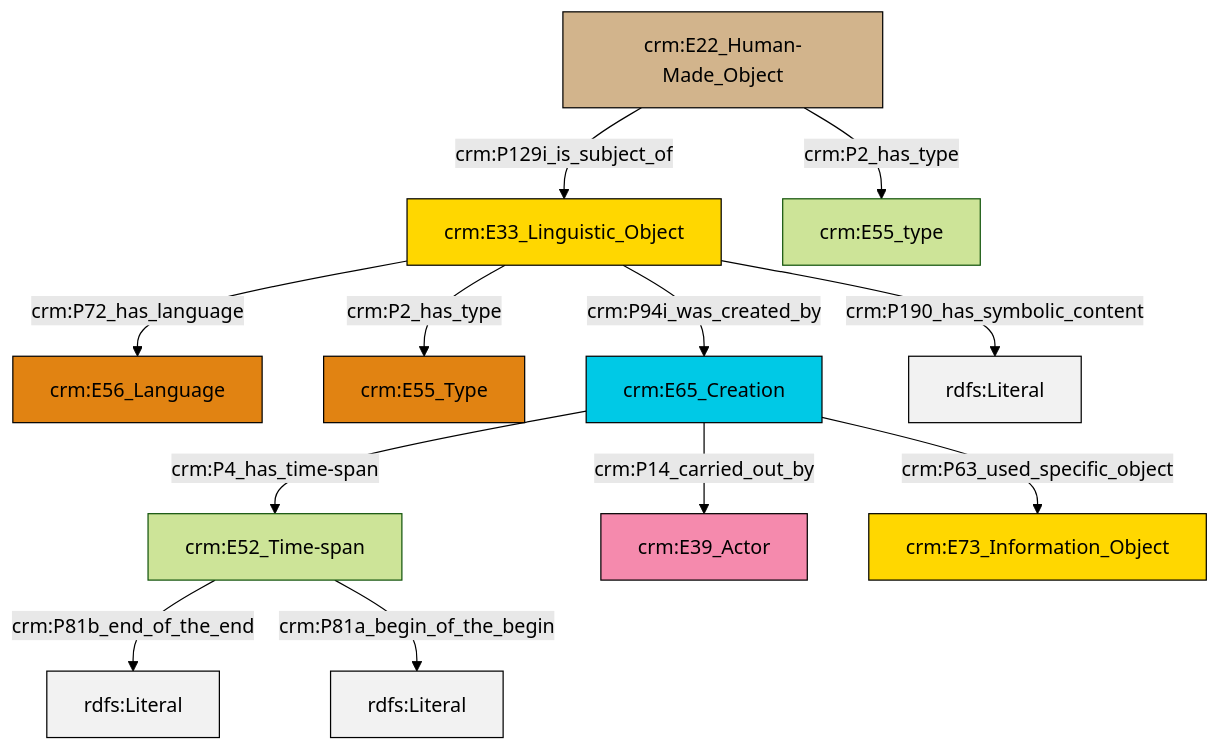
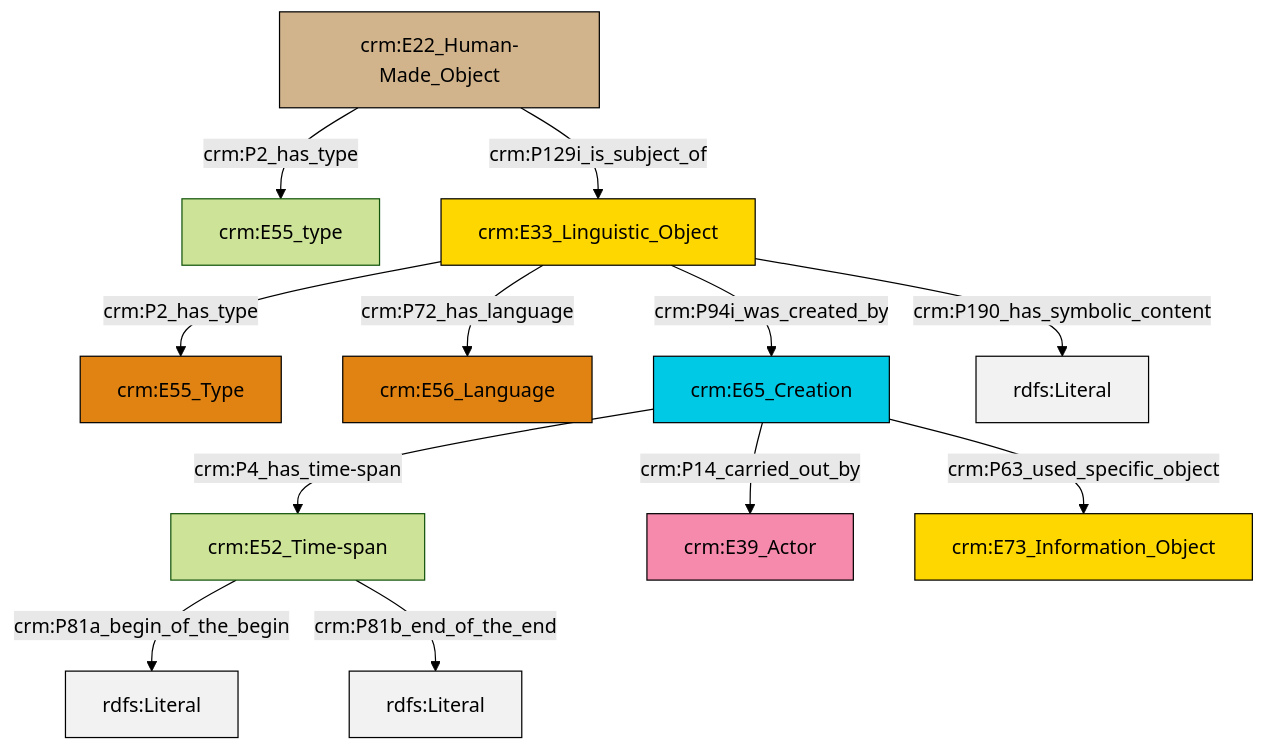
The diagram in et/artworkCSV/ttl/mmd/Artwork_Description.ttl.mmd (swiss-art-research-net/docs.swissartresearch), drawn with Mermaid (forest theme) before and after one commit. The commit also changed 179 other files, not shown here.

```diff
--- a/et/artworkCSV/ttl/mmd/Artwork_Description.ttl.mmd
+++ b/et/artworkCSV/ttl/mmd/Artwork_Description.ttl.mmd
@@ -1,26 +1,26 @@
 graph TD
 classDef Literal fill:#f2f2f2,stroke:#000000;
 classDef CRM_Entity fill:#FFFFFF,stroke:#000000;
 classDef Temporal_Entity fill:#00C9E6, stroke:#000000;
 classDef Type fill:#E18312, stroke:#000000;
 classDef Time-Span fill:#2C9C91, stroke:#000000;
 classDef Appellation fill:#FFEB7F, stroke:#000000;
 classDef Place fill:#008836, stroke:#000000;
 classDef Persistent_Item fill:#B266B2, stroke:#000000;
 classDef Conceptual_Object fill:#FFD700, stroke:#000000;
 classDef Physical_Thing fill:#D2B48C, stroke:#000000;
 classDef Actor fill:#f58aad, stroke:#000000;
 classDef PC_Classes fill:#4ce600, stroke:#000000;
 classDef Multi fill:#cccccc,stroke:#000000;
 
-0["crm:E52_Time-span"]:::Default -->|crm:P81b_end_of_the_end| 1[rdfs:Literal]:::Literal
-4["crm:E33_Linguistic_Object"]:::Conceptual_Object -->|crm:P72_has_language| 5["crm:E56_Language"]:::Type
-8["crm:E65_Creation"]:::Temporal_Entity -->|crm:P14_carried_out_by| 2["crm:E39_Actor"]:::Actor
-11["crm:E22_Human-Made_Object"]:::Physical_Thing -->|crm:P129i_is_subject_of| 4["crm:E33_Linguistic_Object"]:::Conceptual_Object
-11["crm:E22_Human-Made_Object"]:::Physical_Thing -->|crm:P2_has_type| 9["crm:E55_type"]:::Default
-4["crm:E33_Linguistic_Object"]:::Conceptual_Object -->|crm:P190_has_symbolic_content| 14[rdfs:Literal]:::Literal
-8["crm:E65_Creation"]:::Temporal_Entity -->|crm:P4_has_time-span| 0["crm:E52_Time-span"]:::Default
-4["crm:E33_Linguistic_Object"]:::Conceptual_Object -->|crm:P2_has_type| 6["crm:E55_Type"]:::Type
-0["crm:E52_Time-span"]:::Default -->|crm:P81a_begin_of_the_begin| 20[rdfs:Literal]:::Literal
-4["crm:E33_Linguistic_Object"]:::Conceptual_Object -->|crm:P94i_was_created_by| 8["crm:E65_Creation"]:::Temporal_Entity
-8["crm:E65_Creation"]:::Temporal_Entity -->|crm:P63_used_specific_object| 15["crm:E73_Information_Object"]:::Conceptual_Object
+0["crm:E22_Human-Made_Object"]:::Physical_Thing -->|crm:P2_has_type| 1["crm:E55_type"]:::Default
+2["crm:E33_Linguistic_Object"]:::Conceptual_Object -->|crm:P2_has_type| 3["crm:E55_Type"]:::Type
+2["crm:E33_Linguistic_Object"]:::Conceptual_Object -->|crm:P72_has_language| 5["crm:E56_Language"]:::Type
+2["crm:E33_Linguistic_Object"]:::Conceptual_Object -->|crm:P94i_was_created_by| 8["crm:E65_Creation"]:::Temporal_Entity
+10["crm:E52_Time-span"]:::Default -->|crm:P81a_begin_of_the_begin| 11[rdfs:Literal]:::Literal
+10["crm:E52_Time-span"]:::Default -->|crm:P81b_end_of_the_end| 15[rdfs:Literal]:::Literal
+2["crm:E33_Linguistic_Object"]:::Conceptual_Object -->|crm:P190_has_symbolic_content| 16[rdfs:Literal]:::Literal
+8["crm:E65_Creation"]:::Temporal_Entity -->|crm:P63_used_specific_object| 17["crm:E73_Information_Object"]:::Conceptual_Object
+8["crm:E65_Creation"]:::Temporal_Entity -->|crm:P4_has_time-span| 10["crm:E52_Time-span"]:::Default
+0["crm:E22_Human-Made_Object"]:::Physical_Thing -->|crm:P129i_is_subject_of| 2["crm:E33_Linguistic_Object"]:::Conceptual_Object
+8["crm:E65_Creation"]:::Temporal_Entity -->|crm:P14_carried_out_by| 13["crm:E39_Actor"]:::Actor
```
